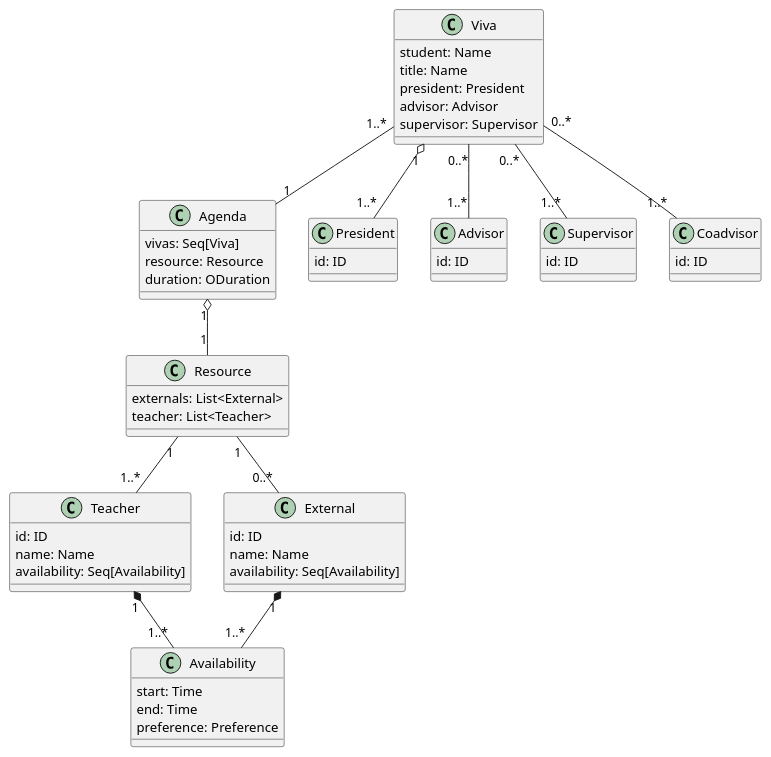
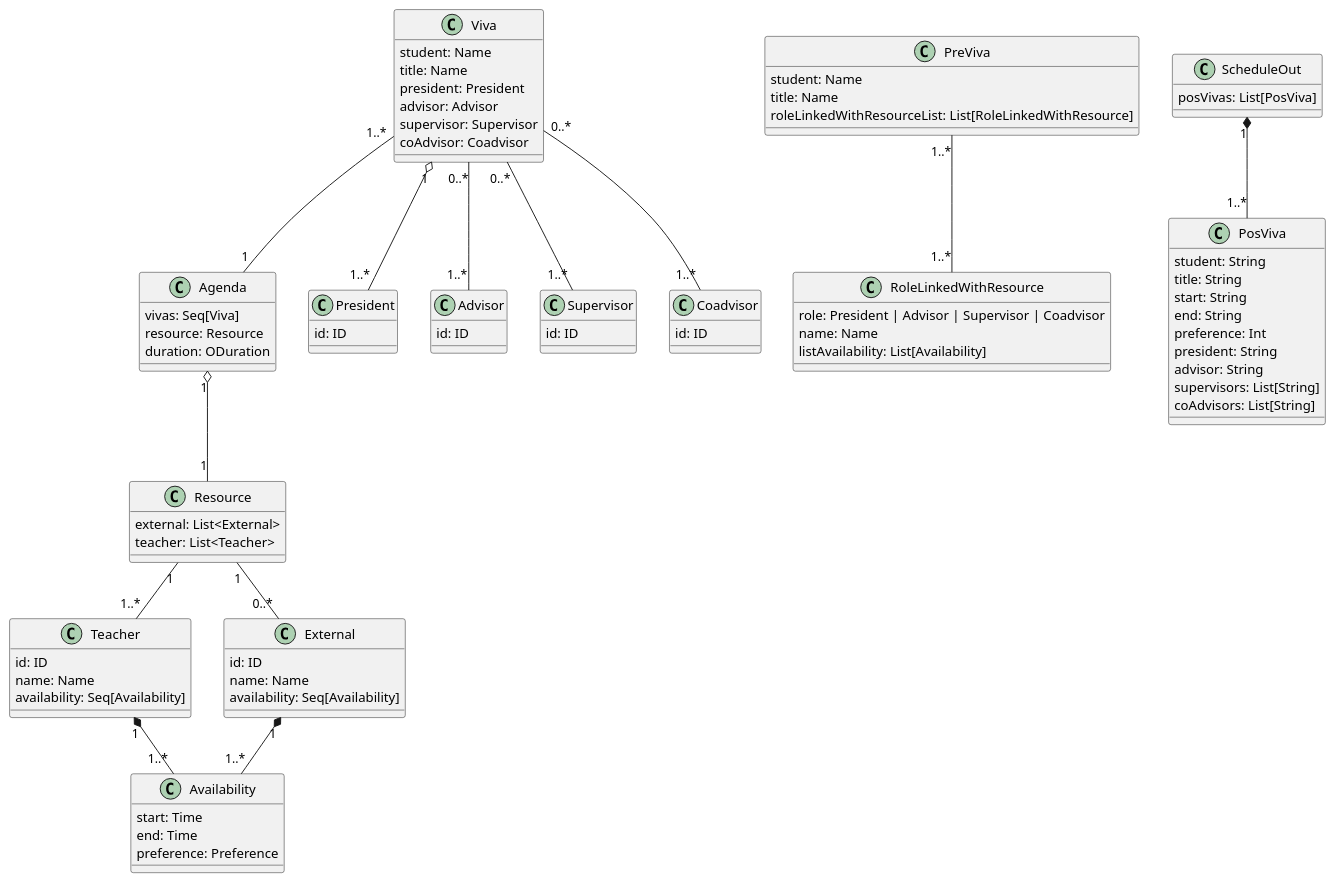
Before and after one commit to TomasRiby/TAP_Proj_2024: the diagram in assets/domain.puml, drawn with PlantUML. The commit also changed 4 other files, not shown here.

```diff
--- a/assets/domain.puml
+++ b/assets/domain.puml
@@ -1,67 +1,98 @@
 @startuml
 
 class Teacher {
   id: ID
   name: Name
   availability: Seq[Availability]
 }
 
 class Availability {
   start: Time
   end: Time
   preference: Preference
 }
 
 class Resource {
-  externals: List<External>
+  external: List<External>
   teacher: List<Teacher>
 }
 
 class External {
   id: ID
   name: Name
   availability: Seq[Availability]
 }
 
 class Agenda {
   vivas: Seq[Viva]
   resource: Resource
   duration: ODuration
 }
 
 class Viva {
   student: Name
   title: Name
   president: President
   advisor: Advisor
   supervisor: Supervisor
+  coAdvisor: Coadvisor
 }
 
 class President {
   id: ID
 }
 
 class Advisor {
   id: ID
 }
 
 class Supervisor {
   id: ID
 }
 
 class Coadvisor {
   id: ID
 }
 
+class RoleLinkedWithResource {
+  role: President | Advisor | Supervisor | Coadvisor
+  name: Name
+  listAvailability: List[Availability]
+}
+
+class PreViva {
+  student: Name
+  title: Name
+  roleLinkedWithResourceList: List[RoleLinkedWithResource]
+}
+
+class PosViva {
+  student: String
+  title: String
+  start: String
+  end: String
+  preference: Int
+  president: String
+  advisor: String
+  supervisors: List[String]
+  coAdvisors: List[String]
+}
+
+class ScheduleOut {
+  posVivas: List[PosViva]
+}
+
 Teacher "1" *-- "1..*" Availability
 External "1" *-- "1..*" Availability
 Resource "1" -- "0..*" External
 Resource "1" -- "1..*" Teacher
 Agenda "1" o-- "1" Resource
 Viva "1..*" -- "1" Agenda
 Viva "1" o-- "1..*" President
 Viva "0..*" -- "1..*" Advisor
 Viva "0..*" -- "1..*" Supervisor
 Viva "0..*" -- "1..*" Coadvisor
+PreViva "1..*" -- "1..*" RoleLinkedWithResource
+ScheduleOut "1" *-- "1..*" PosViva
 
 @enduml
```
